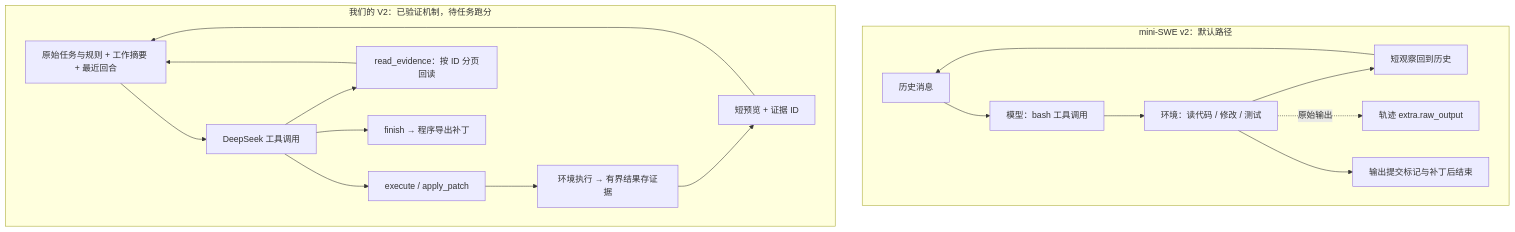
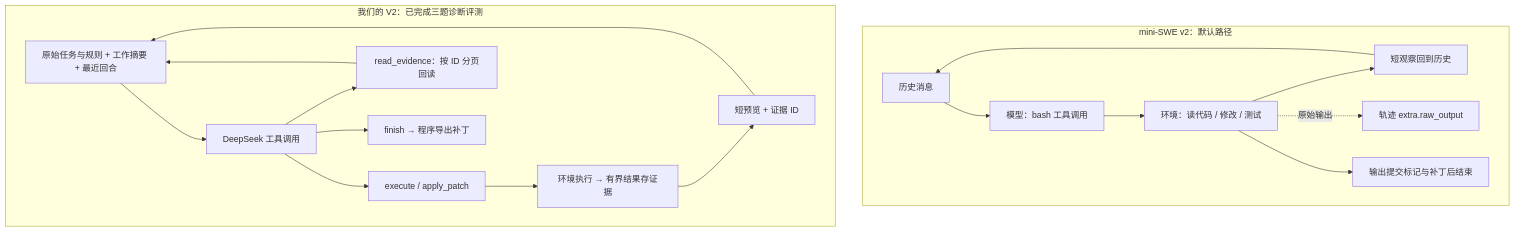
Before and after one commit to piaoyun2022/coding-harness: the diagram in docs/mini-swe-comparison.md, drawn with Mermaid. The commit also changed other lines of this file and 1 other file, not shown here.

````diff
--- a/docs/mini-swe-comparison.md
+++ b/docs/mini-swe-comparison.md
@@ -15,21 +15,21 @@
 ```mermaid
 flowchart TB
   subgraph MINI["mini-SWE v2：默认路径"]
     M1["历史消息"] --> M2["模型：bash 工具调用"]
     M2 --> M3["环境：读代码 / 修改 / 测试"]
     M3 --> M4["短观察回到历史"]
     M4 --> M1
     M3 -. "原始输出" .-> M5["轨迹 extra.raw_output"]
     M3 --> M6["输出提交标记与补丁后结束"]
   end
-  subgraph OURS["我们的 V2：已验证机制，待任务跑分"]
+  subgraph OURS["我们的 V2：已完成三题诊断评测"]
     H1["原始任务与规则 + 工作摘要 + 最近回合"] --> H2["DeepSeek 工具调用"]
     H2 --> H3["execute / apply_patch"]
     H3 --> H4["环境执行 → 有界结果存证据"]
     H4 --> H5["短预览 + 证据 ID"]
     H5 --> H1
     H2 --> H6["read_evidence：按 ID 分页回读"]
     H6 --> H1
     H2 --> H7["finish → 程序导出补丁"]
   end
 ```
````
